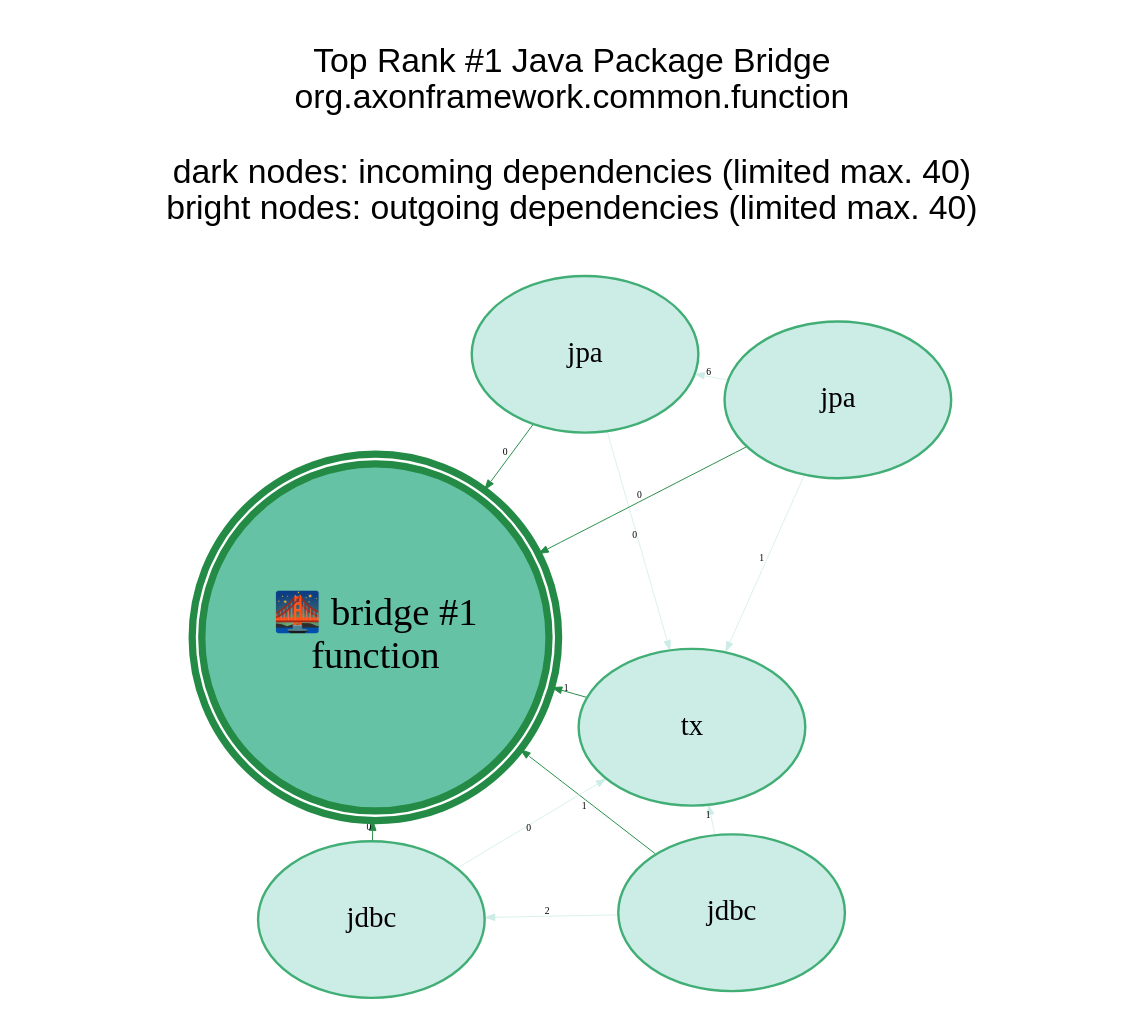
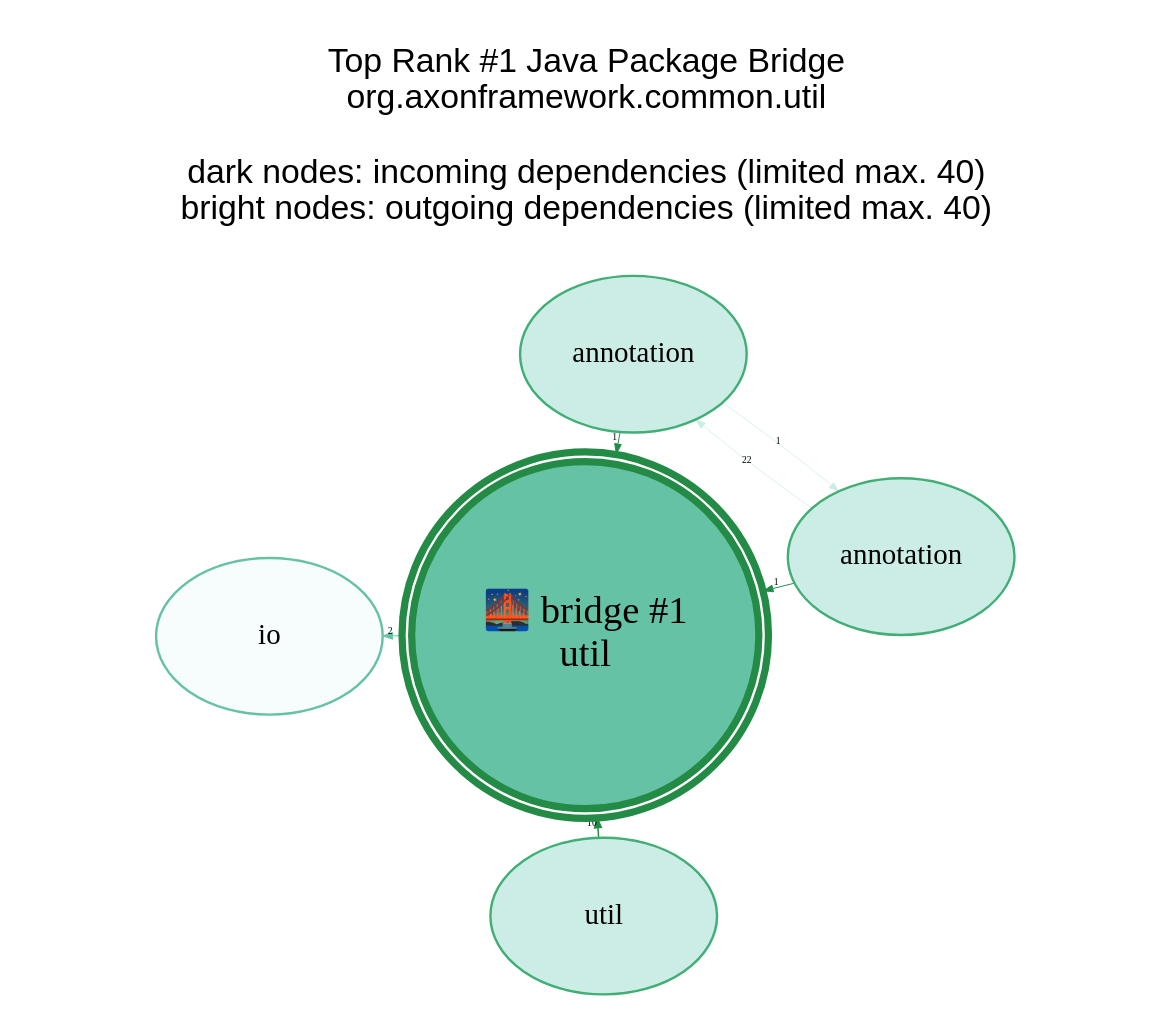
One commit to JohT/code-graph-analysis-examples changed the diagram in analysis-results/AxonFramework/AxonFramework-5.1.1/anomaly-detection/Java_Package/GraphVisualizations/graphviz/TopBridge1.gv. Above: the diagram before and after it, drawn with Graphviz. The commit also changed 819 other files, not shown here.

```diff
--- a/analysis-results/AxonFramework/AxonFramework-5.1.1/anomaly-detection/Java_Package/GraphVisualizations/graphviz/TopBridge1.gv
+++ b/analysis-results/AxonFramework/AxonFramework-5.1.1/anomaly-detection/Java_Package/GraphVisualizations/graphviz/TopBridge1.gv
@@ -1,28 +1,23 @@
 // This GraphViz dot file was generated by the script convertQueryResultCsvToGraphVizDotFile.sh with TopCentral.template
 
 strict digraph TopBridge1 {
     graph [layout = "fdp"; start = "7"; splines = "spline"; pad = "0.8,0.1"; outputorder = "edgesfirst";];
     graph [fontname = "Helvetica,Arial,sans-serif"; labelloc = "t";];
     node [colorscheme = "bugn9"; color = 6; fillcolor = 3;];
     edge [colorscheme = "bugn9"; color = 7;];
     node [fontsize = 12; style = "filled"; margin = "0.03,0.03"; width="1.3"; height="0.9";];
     edge [fontsize = 4; arrowsize = "0.4";];
 
     central [shape = "doublecircle"; height = "2.0"; margin = "0.000001,0.000001";];
     central [fontsize = 16;];
     central [color = 7; fillcolor = 5; penwidth = 3;];
 
-	graph   [label="Top Rank #1 Java Package Bridge\norg.axonframework.common.function\n\ndark nodes: incoming dependencies (limited max. 40)\nbright nodes: outgoing dependencies (limited max. 40)\n\n"];
-	central [label="🌉 bridge #1\nfunction"];
-	"jdbc_51" [label = "jdbc"; ]; "jdbc_51" -> central [label=1; weight=1; penwidth=0.4];
-	"tx_27529" [label = "tx"; ]; "tx_27529" -> central [label=1; weight=1; penwidth=0.4];
-	"jdbc_27528" [label = "jdbc"; ]; "jdbc_27528" -> central [label=0; weight=0; penwidth=0.4];
-	"jpa_27531" [label = "jpa"; ]; "jpa_27531" -> central [label=0; weight=0; penwidth=0.4];
-	"jpa_52" [label = "jpa"; ]; "jpa_52" -> central [label=0; weight=0; penwidth=0.4];
-	"jpa_52" -> "jpa_27531" [label=6; weight=6; penwidth=0.3; color = 3]
-	"jdbc_51" -> "jdbc_27528" [label=2; weight=2; penwidth=0.3; color = 3]
-	"jdbc_51" -> "tx_27529" [label=1; weight=1; penwidth=0.3; color = 3]
-	"jpa_52" -> "tx_27529" [label=1; weight=1; penwidth=0.3; color = 3]
-	"jdbc_27528" -> "tx_27529" [label=0; weight=0; penwidth=0.3; color = 3]
-	"jpa_27531" -> "tx_27529" [label=0; weight=0; penwidth=0.3; color = 3]
+	graph   [label="Top Rank #1 Java Package Bridge\norg.axonframework.common.util\n\ndark nodes: incoming dependencies (limited max. 40)\nbright nodes: outgoing dependencies (limited max. 40)\n\n"];
+	central [label="🌉 bridge #1\nutil"];
+	"util_21722" [label = "util"; ]; "util_21722" -> central [label=10; weight=10; penwidth=0.6];
+	"annotation_71" [label = "annotation"; ]; "annotation_71" -> central [label=1; weight=1; penwidth=0.4];
+	"annotation_62" [label = "annotation"; ]; "annotation_62" -> central [label=1; weight=1; penwidth=0.4];
+	"io_27524" [label = "io"; color = 5; fillcolor = 1; ]; central -> "io_27524" [label=2; weight=2; penwidth=0.4; color = 5];
+	"annotation_71" -> "annotation_62" [label=22; weight=22; penwidth=0.3; color = 3]
+	"annotation_62" -> "annotation_71" [label=1; weight=1; penwidth=0.3; color = 3]
 }
```
